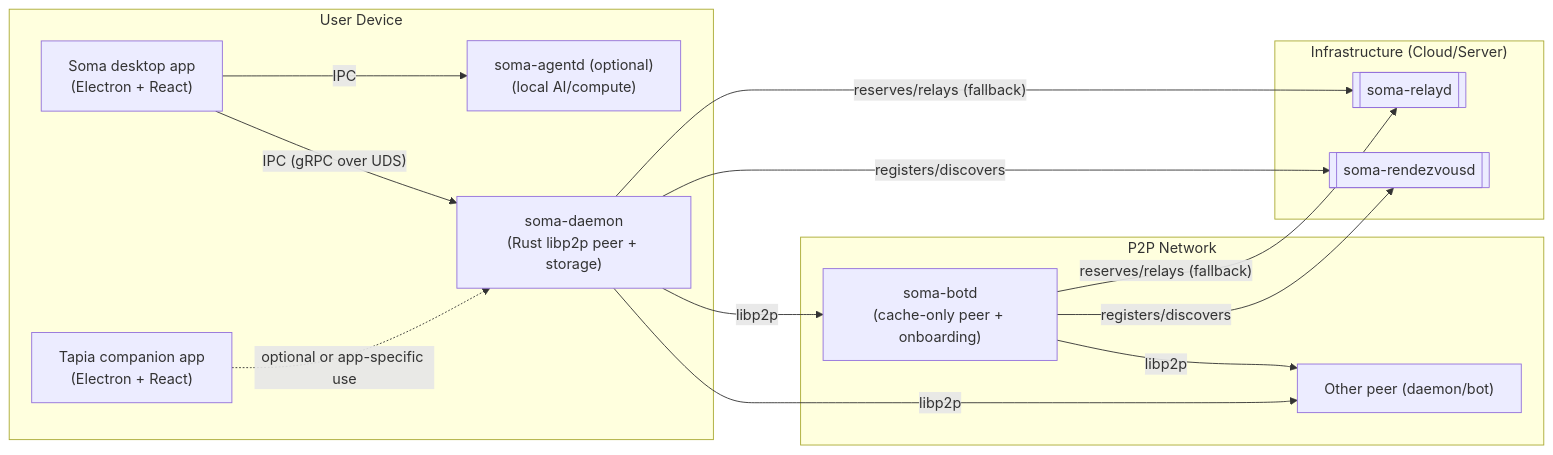
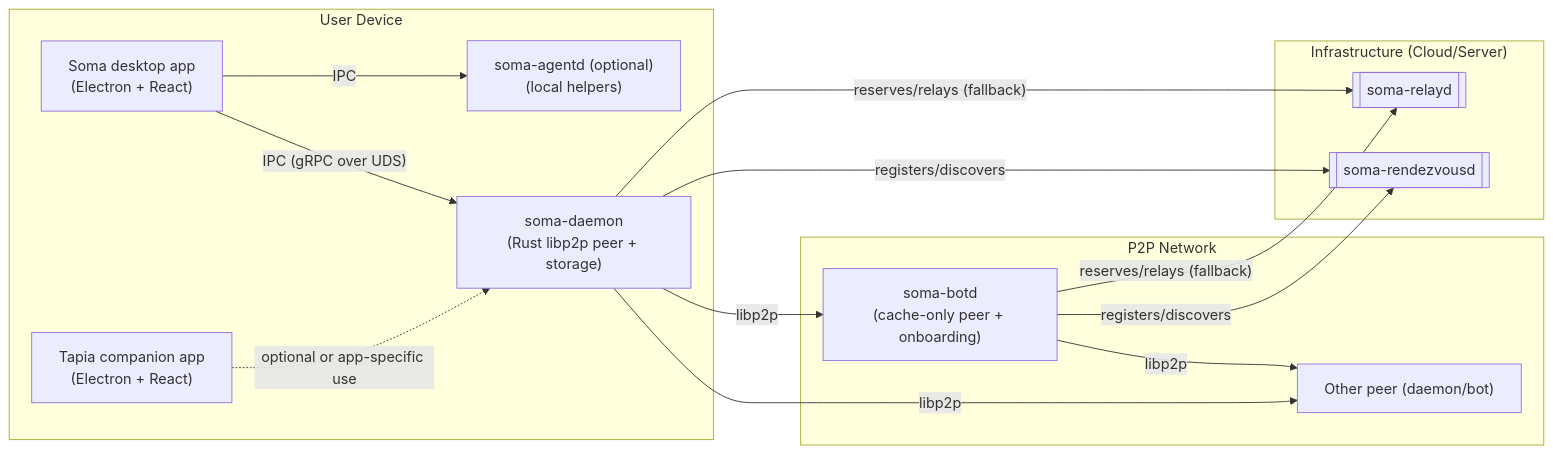
One commit to stephane-segning/soma changed the first of 2 diagrams in docs/src/architecture/soma-tapia.md. Above: the diagram before and after it, drawn with Mermaid. The commit also changed other lines of this file and 35 other files, not shown here.

````diff
--- a/docs/src/architecture/soma-tapia.md
+++ b/docs/src/architecture/soma-tapia.md
@@ -42,30 +42,30 @@
 ```mermaid
 flowchart LR
   subgraph "User Device"
     SomaUI["Soma desktop app<br/>(Electron + React)"]
     TapiaUI["Tapia companion app<br/>(Electron + React)"]
     Daemon["soma-daemon<br/>(Rust libp2p peer + storage)"]
-    Agent["soma-agentd (optional)<br/>(local AI/compute)"]
+    Agent["soma-agentd (optional)<br/>(local helpers)"]
 
     SomaUI -- IPC (gRPC over UDS) --> Daemon
     TapiaUI -. optional or app-specific use .-> Daemon
     SomaUI -- IPC --> Agent
   end
 
   subgraph "P2P Network"
     Daemon -- libp2p --> Other["Other peer (daemon/bot)"]
     Bot["soma-botd<br/>(cache-only peer + onboarding)"]:::peer
     Daemon -- libp2p --> Bot
     Bot -- libp2p --> Other
   end
 
   subgraph "Infrastructure (Cloud/Server)"
     Rendezvous[[soma-rendezvousd]]:::infra
     Relay[[soma-relayd]]:::infra
   end
 
   Daemon -- registers/discovers --> Rendezvous
   Daemon -- reserves/relays (fallback) --> Relay
   Bot -- registers/discovers --> Rendezvous
   Bot -- reserves/relays (fallback) --> Relay
 ```
````
